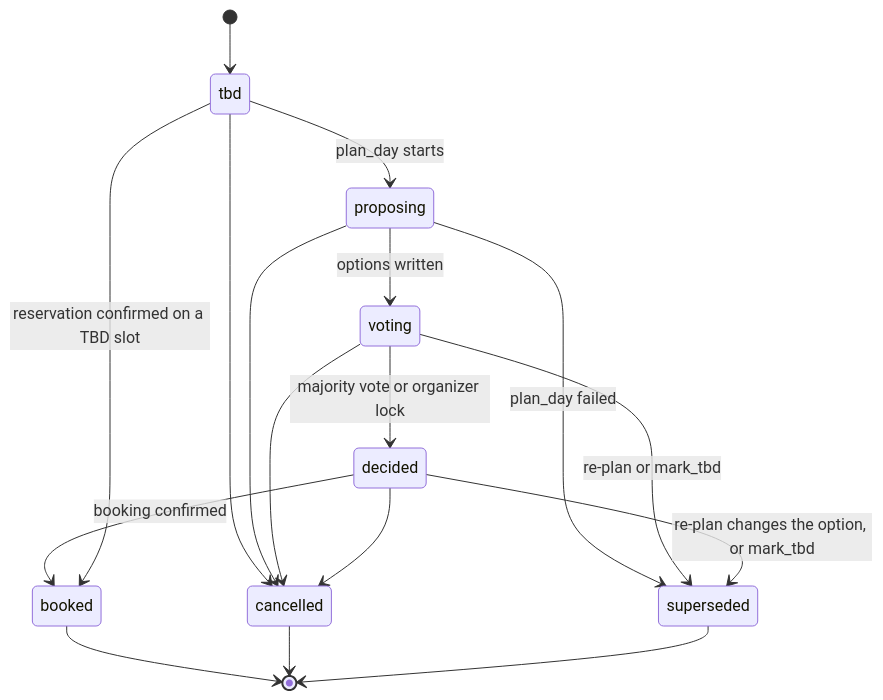
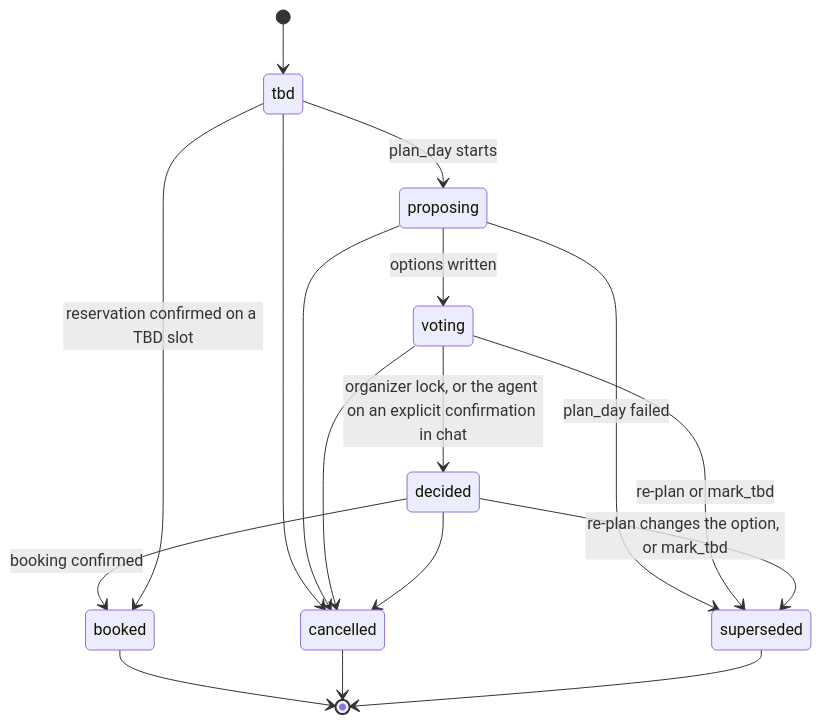
Before and after one commit to YearningAsian/agentic-group-planner: the first of 11 diagrams in planning/design.md, drawn with Mermaid. The commit also changed other lines of this file and 10 other files, not shown here.

````diff
--- a/planning/design.md
+++ b/planning/design.md
@@ -1189,19 +1000,19 @@
 ```mermaid
 stateDiagram-v2
     [*] --> tbd
     tbd --> proposing: plan_day starts
     proposing --> voting: options written
-    voting --> decided: majority vote or organizer lock
+    voting --> decided: organizer lock, or the agent on an explicit confirmation in chat
     decided --> booked: booking confirmed
     tbd --> booked: reservation confirmed on a TBD slot
     tbd --> cancelled
     proposing --> cancelled
     voting --> cancelled
     decided --> cancelled
     proposing --> superseded: plan_day failed
     voting --> superseded: re-plan or mark_tbd
     decided --> superseded: re-plan changes the option, or mark_tbd
     booked --> [*]
     cancelled --> [*]
     superseded --> [*]
 ```
````
